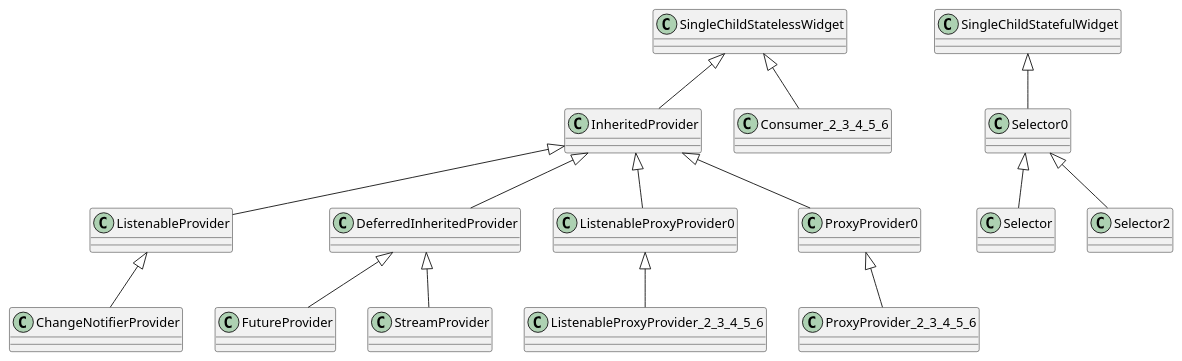
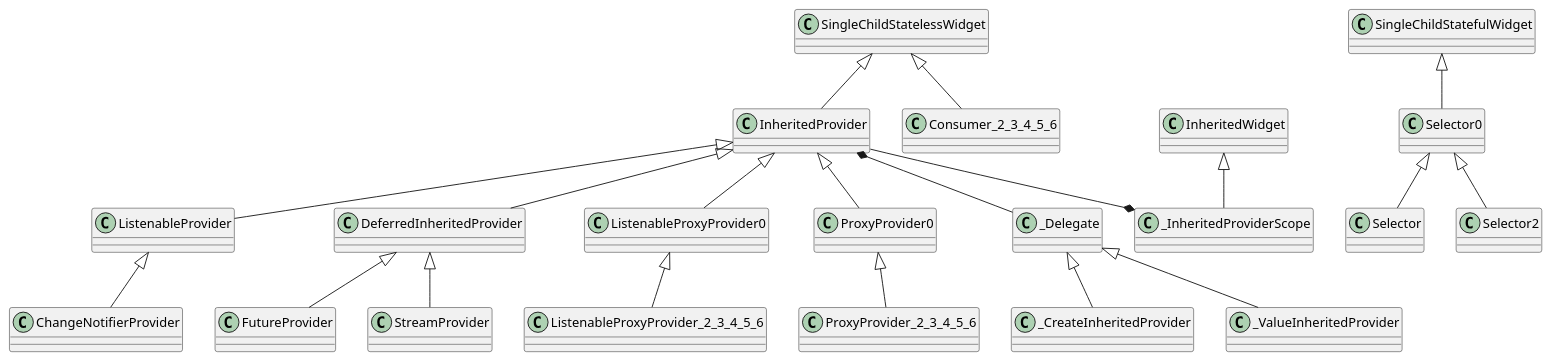
Before and after one commit to duweiwang/duweiwang.github.io: the diagram in uml/flutter-provider.puml, drawn with PlantUML. The commit also changed 2 other files, not shown here.

```diff
--- a/uml/flutter-provider.puml
+++ b/uml/flutter-provider.puml
@@ -1,34 +1,39 @@
 @startuml
 'https://plantuml.com/class-diagram
 
 class SingleChildStatelessWidget
+InheritedWidget <|-- _InheritedProviderScope
 
 SingleChildStatelessWidget <|-- InheritedProvider
 SingleChildStatelessWidget <|-- Consumer_2_3_4_5_6
 
 InheritedProvider <|-- ListenableProvider
 InheritedProvider <|-- DeferredInheritedProvider
 InheritedProvider <|-- ListenableProxyProvider0
 InheritedProvider <|-- ProxyProvider0
+InheritedProvider *-- _Delegate
+InheritedProvider --* _InheritedProviderScope
 
 DeferredInheritedProvider <|-- FutureProvider
 
 DeferredInheritedProvider <|-- StreamProvider
 
 ListenableProvider <|-- ChangeNotifierProvider
 
 ListenableProxyProvider0 <|-- ListenableProxyProvider_2_3_4_5_6
 
 ProxyProvider0 <|-- ProxyProvider_2_3_4_5_6
 
 
 class SingleChildStatefulWidget
 
 SingleChildStatefulWidget <|-- Selector0
 
 Selector0 <|-- Selector
 Selector0 <|-- Selector2
 
+_Delegate <|-- _CreateInheritedProvider
+_Delegate <|-- _ValueInheritedProvider
 
 
 @enduml
```
